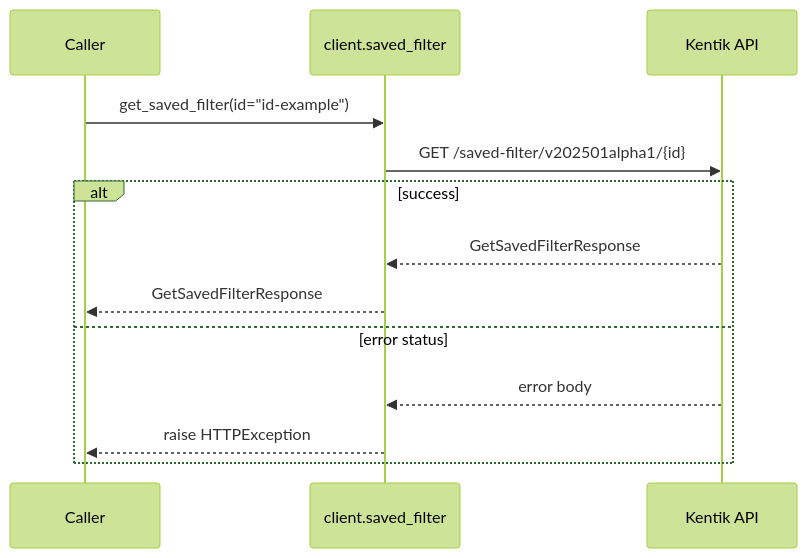
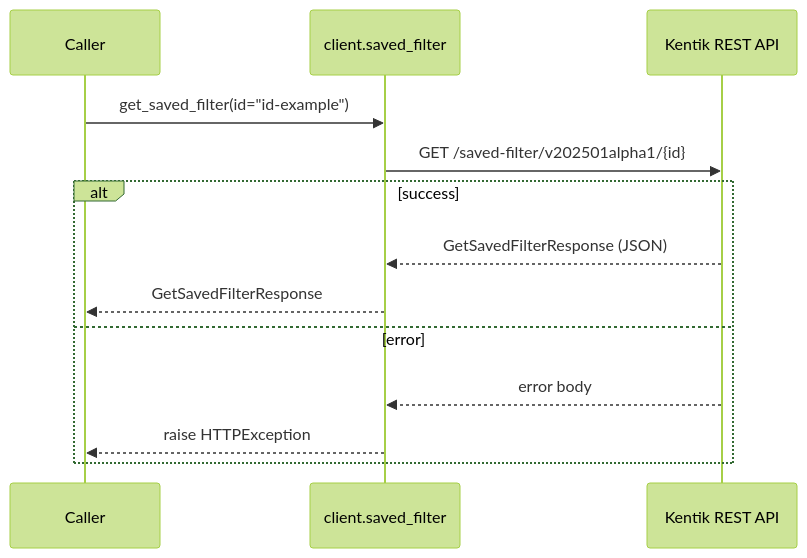
Before and after one commit to alexdearaujo/community_sdk_python: the fourth of 14 diagrams in docs/sphinx/services/saved_filter.md, drawn with Mermaid (forest theme). The commit also changed other lines of this file and 61 other files, not shown here.

````diff
--- a/docs/sphinx/services/saved_filter.md
+++ b/docs/sphinx/services/saved_filter.md
@@ -81,16 +108,16 @@
 ```mermaid
 sequenceDiagram
     participant C as Caller
     participant W as client.saved_filter
-    participant API as Kentik API
+    participant API as Kentik REST API
 
     C->>W: get_saved_filter(id="id-example")
     W->>API: GET /saved-filter/v202501alpha1/{id}
     alt success
-        API-->>W: GetSavedFilterResponse
+        API-->>W: GetSavedFilterResponse (JSON)
         W-->>C: GetSavedFilterResponse
-    else error status
+    else error
         API-->>W: error body
         W-->>C: raise HTTPException
     end
 ```
````
